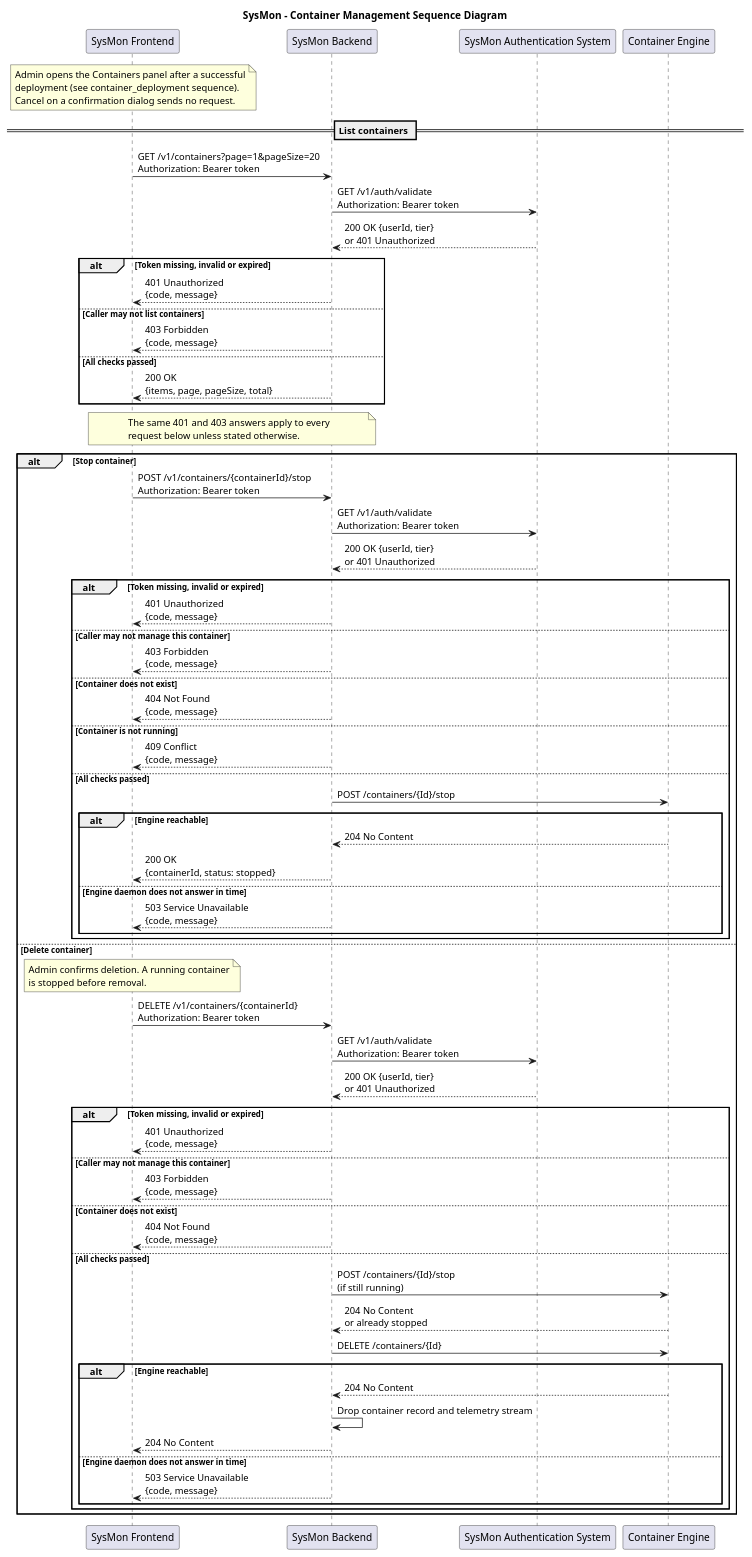
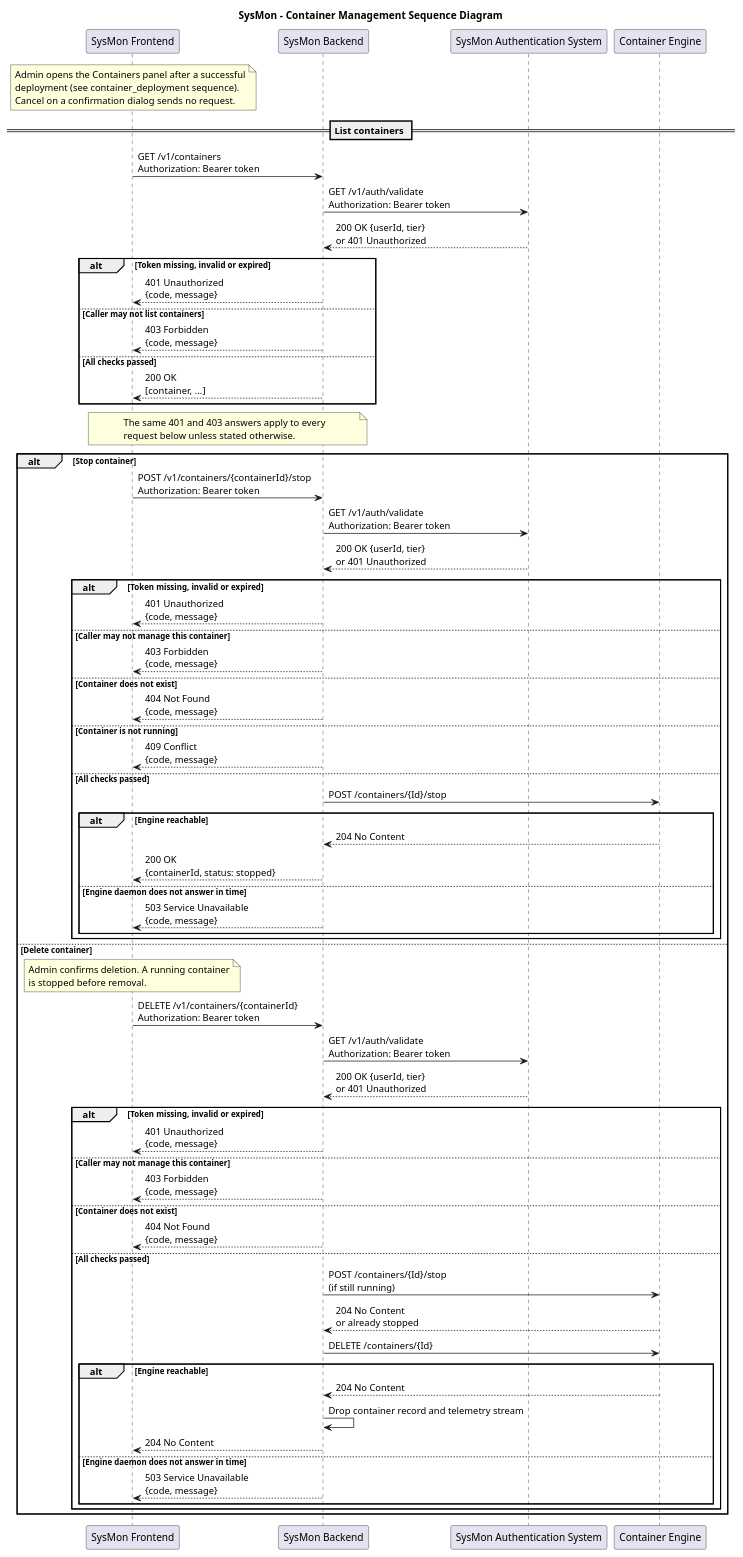
One commit to hriday111/SysMon changed the diagram in Task3/sequence_diagrams/src/container_management.puml. Above: the diagram before and after it, drawn with PlantUML. The commit also changed 21 other files, not shown here.

```diff
--- a/Task3/sequence_diagrams/src/container_management.puml
+++ b/Task3/sequence_diagrams/src/container_management.puml
@@ -1,86 +1,86 @@
 @startuml
 title SysMon - Container Management Sequence Diagram
 
 participant "SysMon Frontend" as Frontend
 participant "SysMon Backend" as Backend
 participant "SysMon Authentication System" as Auth
 participant "Container Engine" as Engine
 
 note over Frontend
   Admin opens the Containers panel after a successful
   deployment (see container_deployment sequence).
   Cancel on a confirmation dialog sends no request.
 end note
 
 == List containers ==
-Frontend -> Backend : GET /v1/containers?page=1&pageSize=20\nAuthorization: Bearer token
+Frontend -> Backend : GET /v1/containers\nAuthorization: Bearer token
 Backend -> Auth : GET /v1/auth/validate\nAuthorization: Bearer token
 Auth --> Backend : 200 OK {userId, tier}\nor 401 Unauthorized
 
 alt Token missing, invalid or expired
   Backend --> Frontend : 401 Unauthorized\n{code, message}
 else Caller may not list containers
   Backend --> Frontend : 403 Forbidden\n{code, message}
 else All checks passed
-  Backend --> Frontend : 200 OK\n{items, page, pageSize, total}
+  Backend --> Frontend : 200 OK\n[container, ...]
 end
 
 note over Frontend, Backend
   The same 401 and 403 answers apply to every
   request below unless stated otherwise.
 end note
 
 alt Stop container
   Frontend -> Backend : POST /v1/containers/{containerId}/stop\nAuthorization: Bearer token
   Backend -> Auth : GET /v1/auth/validate\nAuthorization: Bearer token
   Auth --> Backend : 200 OK {userId, tier}\nor 401 Unauthorized
 
   alt Token missing, invalid or expired
     Backend --> Frontend : 401 Unauthorized\n{code, message}
   else Caller may not manage this container
     Backend --> Frontend : 403 Forbidden\n{code, message}
   else Container does not exist
     Backend --> Frontend : 404 Not Found\n{code, message}
   else Container is not running
     Backend --> Frontend : 409 Conflict\n{code, message}
   else All checks passed
     Backend -> Engine : POST /containers/{Id}/stop
     alt Engine reachable
       Engine --> Backend : 204 No Content
       Backend --> Frontend : 200 OK\n{containerId, status: stopped}
     else Engine daemon does not answer in time
       Backend --> Frontend : 503 Service Unavailable\n{code, message}
     end
   end
 
 else Delete container
   note over Frontend
     Admin confirms deletion. A running container
     is stopped before removal.
   end note
 
   Frontend -> Backend : DELETE /v1/containers/{containerId}\nAuthorization: Bearer token
   Backend -> Auth : GET /v1/auth/validate\nAuthorization: Bearer token
   Auth --> Backend : 200 OK {userId, tier}\nor 401 Unauthorized
 
   alt Token missing, invalid or expired
     Backend --> Frontend : 401 Unauthorized\n{code, message}
   else Caller may not manage this container
     Backend --> Frontend : 403 Forbidden\n{code, message}
   else Container does not exist
     Backend --> Frontend : 404 Not Found\n{code, message}
   else All checks passed
     Backend -> Engine : POST /containers/{Id}/stop\n(if still running)
     Engine --> Backend : 204 No Content\nor already stopped
     Backend -> Engine : DELETE /containers/{Id}
     alt Engine reachable
       Engine --> Backend : 204 No Content
       Backend -> Backend : Drop container record and telemetry stream
       Backend --> Frontend : 204 No Content
     else Engine daemon does not answer in time
       Backend --> Frontend : 503 Service Unavailable\n{code, message}
     end
   end
 end
 
 @enduml
```
